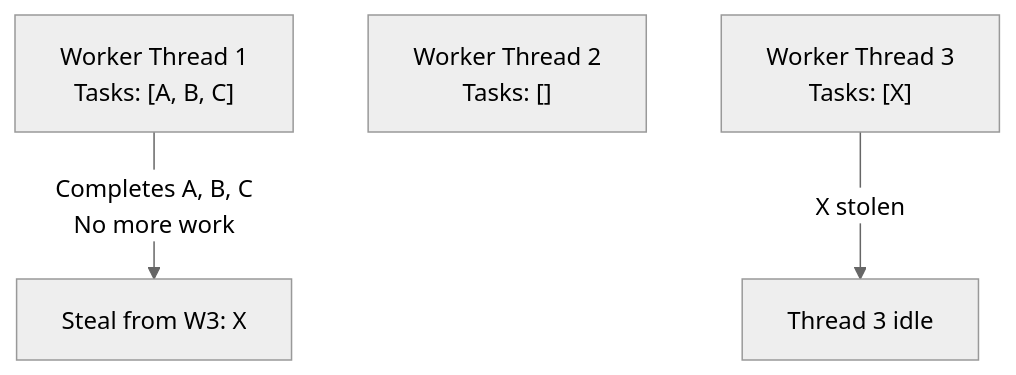
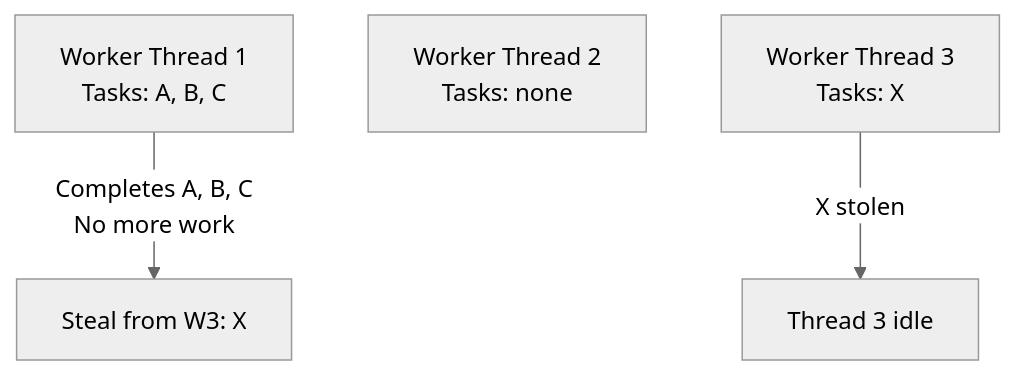
The diagram in src/content/en/backend/java/java-core/concurrency.md (Mrnobody102/it-interview-prep), drawn with Mermaid (neutral theme) before and after one commit. The commit also changed 31 other files, not shown here.

First line of the commit message:
feat: add syntax highlighting for code blocks and fix Mermaid syntax errors

````diff
--- a/src/content/en/backend/java/java-core/concurrency.md
+++ b/src/content/en/backend/java/java-core/concurrency.md
@@ -921,9 +921,9 @@
 ```mermaid
 flowchart TD
-    W1["Worker Thread 1\nTasks: [A, B, C]"]
-    W2["Worker Thread 2\nTasks: []"]
-    W3["Worker Thread 3\nTasks: [X]"]
+    W1["Worker Thread 1<br/>Tasks: A, B, C"]
+    W2["Worker Thread 2<br/>Tasks: none"]
+    W3["Worker Thread 3<br/>Tasks: X"]
 
-    W1 -->|"Completes A, B, C\nNo more work"| W1Steal["Steal from W3: X"]
+    W1 -->|"Completes A, B, C<br/>No more work"| W1Steal["Steal from W3: X"]
     W3 -->|"X stolen"| Done["Thread 3 idle"]
 ```
````
